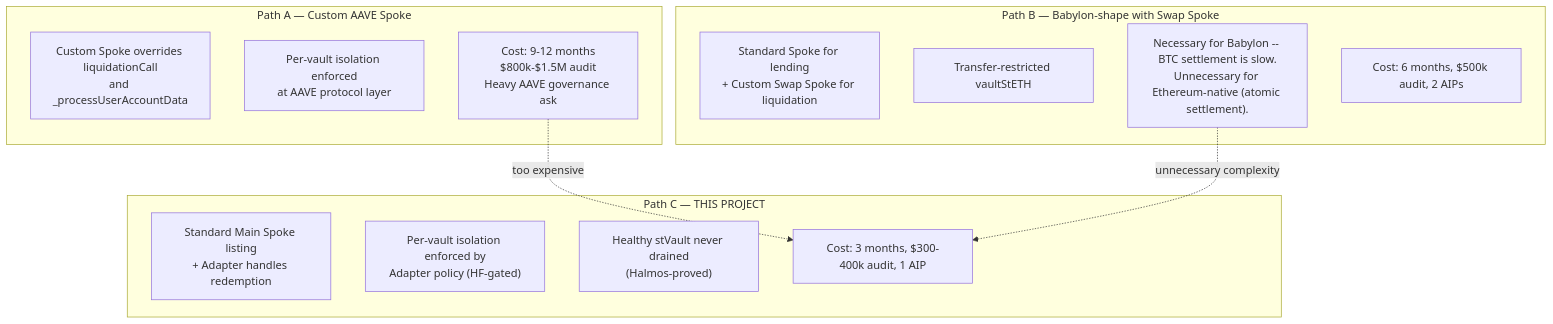
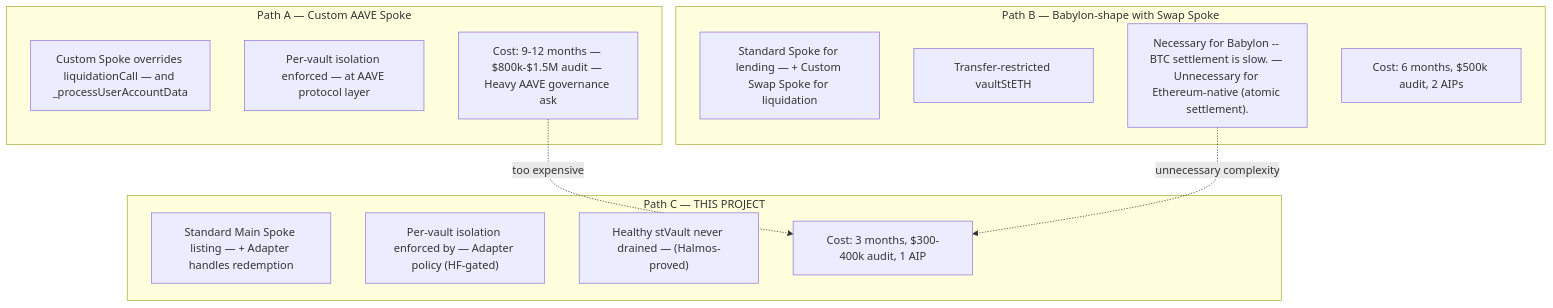
One commit to sanbir/vault-steth-adapter changed diagram 24 of 24 in docs/Architecture.md. Above: the diagram before and after it, drawn with Mermaid. The commit also changed other lines of this file and 1 other file, not shown here.

First line of the commit message:
docs: fix Mermaid <br/> rendering errors in Architecture.md and Liquidation-guarantees.md

````diff
--- a/docs/Architecture.md
+++ b/docs/Architecture.md
@@ -851,25 +851,25 @@
 ```mermaid
 flowchart TB
     subgraph PathA["Path A — Custom AAVE Spoke"]
-        A1["Custom Spoke overrides liquidationCall<br/>and _processUserAccountData"]
-        A2["Per-vault isolation enforced<br/>at AAVE protocol layer"]
-        A3["Cost: 9-12 months<br/>$800k-$1.5M audit<br/>Heavy AAVE governance ask"]
+        A1["Custom Spoke overrides liquidationCall — and _processUserAccountData"]
+        A2["Per-vault isolation enforced — at AAVE protocol layer"]
+        A3["Cost: 9-12 months — $800k-$1.5M audit — Heavy AAVE governance ask"]
     end
 
     subgraph PathB["Path B — Babylon-shape with Swap Spoke"]
-        B1["Standard Spoke for lending<br/>+ Custom Swap Spoke for liquidation"]
+        B1["Standard Spoke for lending — + Custom Swap Spoke for liquidation"]
         B2["Transfer-restricted vaultStETH"]
-        B3["Necessary for Babylon -- BTC settlement is slow.<br/>Unnecessary for Ethereum-native (atomic settlement)."]
+        B3["Necessary for Babylon -- BTC settlement is slow. — Unnecessary for Ethereum-native (atomic settlement)."]
         B4["Cost: 6 months, $500k audit, 2 AIPs"]
     end
 
     subgraph PathC["Path C — THIS PROJECT"]
-        C1["Standard Main Spoke listing<br/>+ Adapter handles redemption"]
-        C2["Per-vault isolation enforced by<br/>Adapter policy (HF-gated)"]
-        C3["Healthy stVault never drained<br/>(Halmos-proved)"]
+        C1["Standard Main Spoke listing — + Adapter handles redemption"]
+        C2["Per-vault isolation enforced by — Adapter policy (HF-gated)"]
+        C3["Healthy stVault never drained — (Halmos-proved)"]
         C4["Cost: 3 months, $300-400k audit, 1 AIP"]
     end
 
     A3 -.too expensive.-> C4
     B3 -.unnecessary complexity.-> C4
 ```
````
